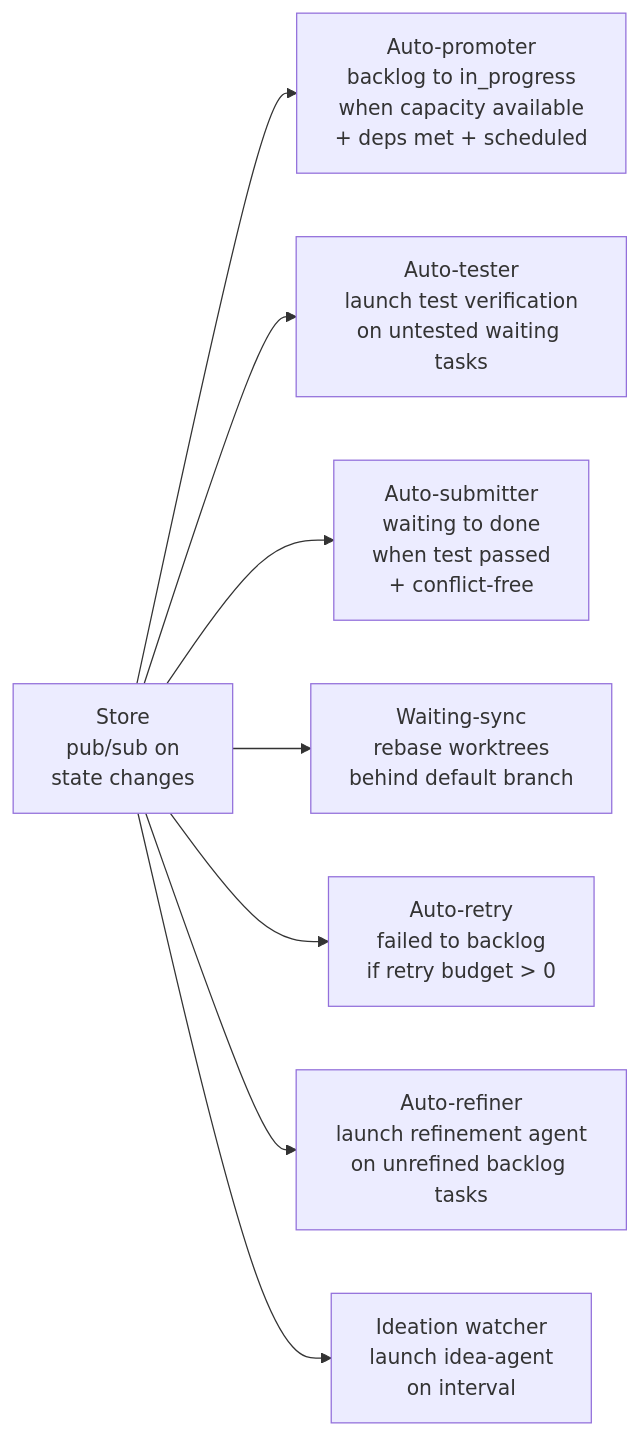
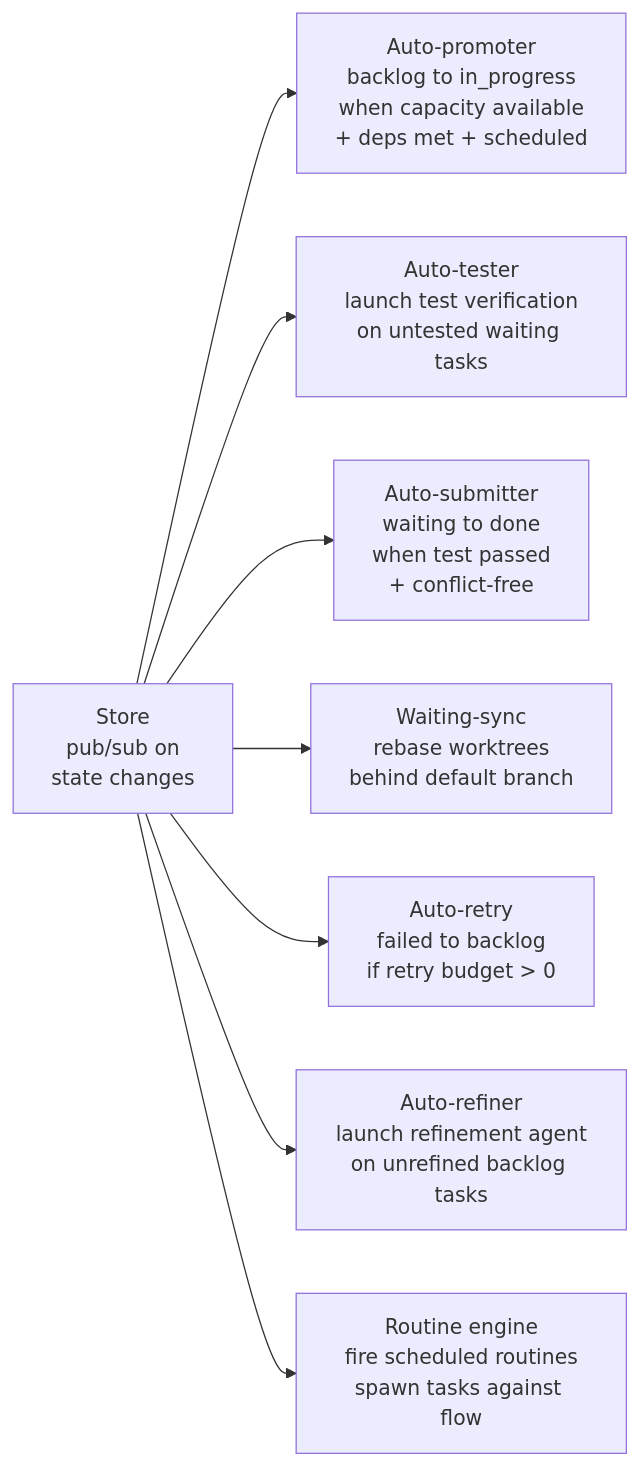
The fourth of 6 diagrams in docs/internals/architecture.md (changkun/wallfacer), drawn with Mermaid before and after one commit. The commit also changed other lines of this file and 13 other files, not shown here.

````diff
--- a/docs/internals/architecture.md
+++ b/docs/internals/architecture.md
@@ -112,12 +112,12 @@
 ```mermaid
 flowchart LR
     PubSub["Store<br/>pub/sub on<br/>state changes"]
 
     PubSub --> Promoter["Auto-promoter<br/>backlog to in_progress<br/>when capacity available<br/>+ deps met + scheduled"]
     PubSub --> Tester["Auto-tester<br/>launch test verification<br/>on untested waiting tasks"]
     PubSub --> Submitter["Auto-submitter<br/>waiting to done<br/>when test passed<br/>+ conflict-free"]
     PubSub --> Sync["Waiting-sync<br/>rebase worktrees<br/>behind default branch"]
     PubSub --> Retry["Auto-retry<br/>failed to backlog<br/>if retry budget > 0"]
     PubSub --> Refiner["Auto-refiner<br/>launch refinement agent<br/>on unrefined backlog tasks"]
-    PubSub --> Ideation["Ideation watcher<br/>launch idea-agent<br/>on interval"]
+    PubSub --> Routines["Routine engine<br/>fire scheduled routines<br/>spawn tasks against flow"]
 ```
````
